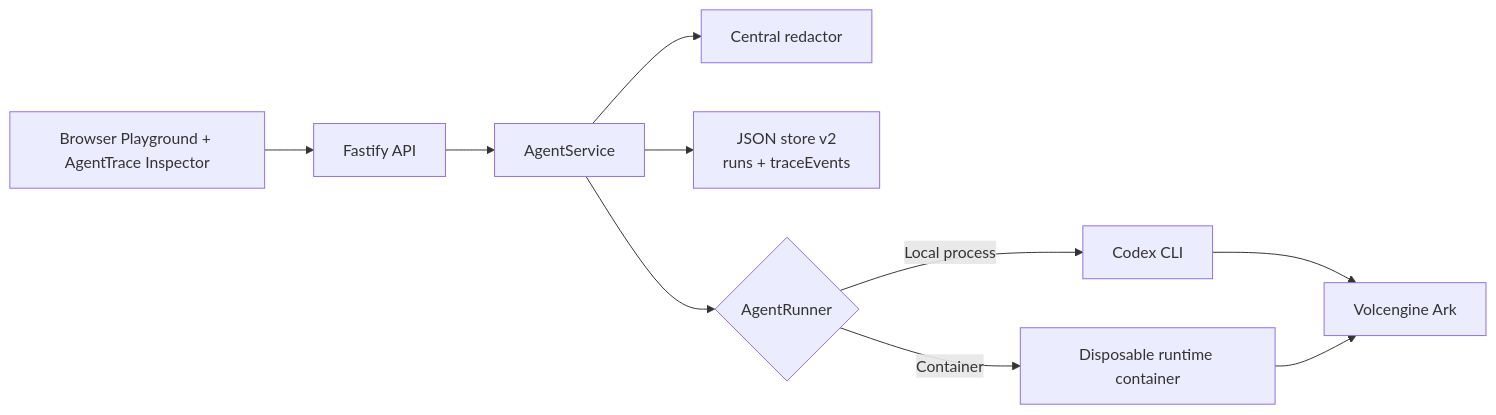
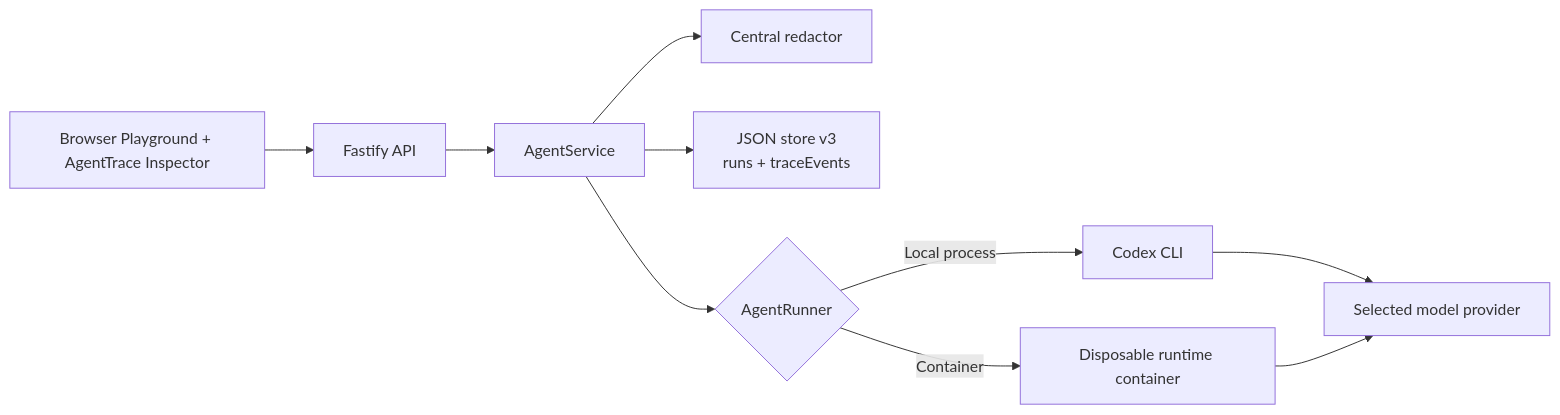
Before and after one commit to Raleighshire312/TikTok-Jam-Tec: the diagram in README.md, drawn with Mermaid. The commit also changed other lines of this file and 12 other files, not shown here.

````diff
--- a/README.md
+++ b/README.md
@@ -25,12 +25,12 @@
 ```mermaid
 flowchart LR
     Browser["Browser Playground + AgentTrace Inspector"] --> API["Fastify API"]
     API --> Service["AgentService"]
     Service --> Redactor["Central redactor"]
-    Service --> Store["JSON store v2<br/>runs + traceEvents"]
+    Service --> Store["JSON store v3<br/>runs + traceEvents"]
     Service --> Runner{"AgentRunner"}
     Runner -->|Local process| Codex["Codex CLI"]
     Runner -->|Container| Runtime["Disposable runtime container"]
-    Codex --> Ark["Volcengine Ark"]
-    Runtime --> Ark
+    Codex --> Model["Selected model provider"]
+    Runtime --> Model
 ```
````
